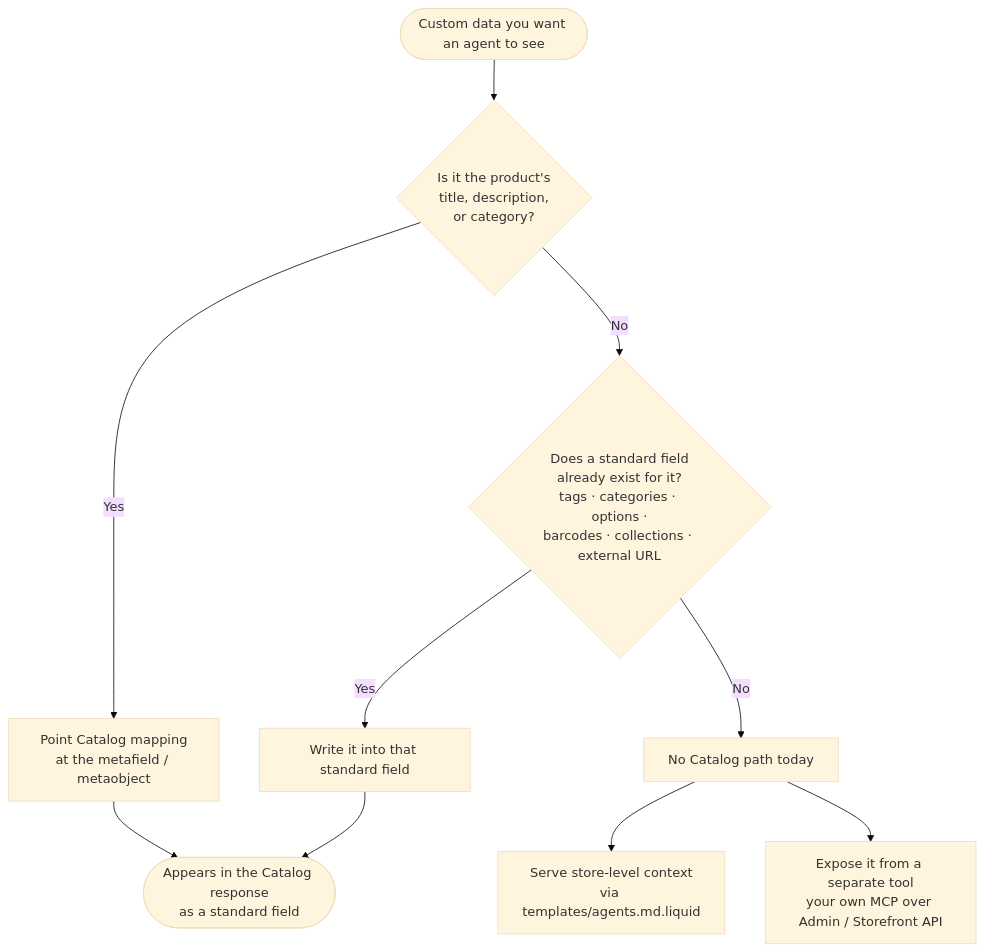
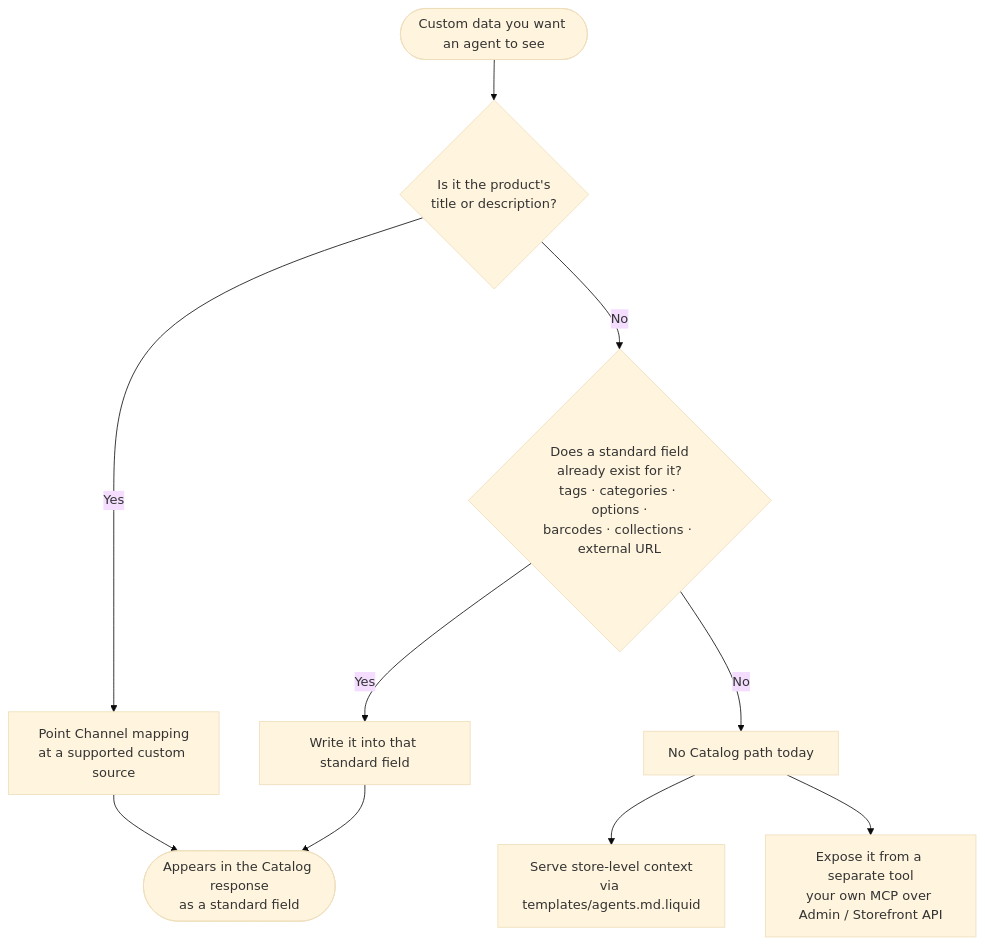
Before and after one commit to benzookapi/shopify-ucp-demo-mcp: the second of 4 diagrams in docs/catalog-field-mapping.md, drawn with Mermaid (base theme). The commit also changed other lines of this file and 4 other files, not shown here.

Commit message:
Align Catalog docs with current Channel mapping guidance

````diff
--- a/docs/catalog-field-mapping.md
+++ b/docs/catalog-field-mapping.md
@@ -215,12 +220,12 @@
 ```mermaid
 flowchart TD
-    Q(["Custom data you want an agent to see"]) --> T{"Is it the product's<br/>title, description,<br/>or category?"}
-    T -->|Yes| M["Point Catalog mapping<br/>at the metafield / metaobject"]
+    Q(["Custom data you want an agent to see"]) --> T{"Is it the product's<br/>title or description?"}
+    T -->|Yes| M["Point Channel mapping<br/>at a supported custom source"]
     T -->|No| S{"Does a standard field<br/>already exist for it?<br/>tags · categories · options ·<br/>barcodes · collections · external URL"}
     S -->|Yes| N["Write it into that standard field"]
     S -->|No| X["No Catalog path today"]
     X --> W1["Serve store-level context<br/>via templates/agents.md.liquid"]
     X --> W2["Expose it from a separate tool<br/>your own MCP over Admin / Storefront API"]
     M --> OK(["Appears in the Catalog response<br/>as a standard field"])
     N --> OK
 ```
````
